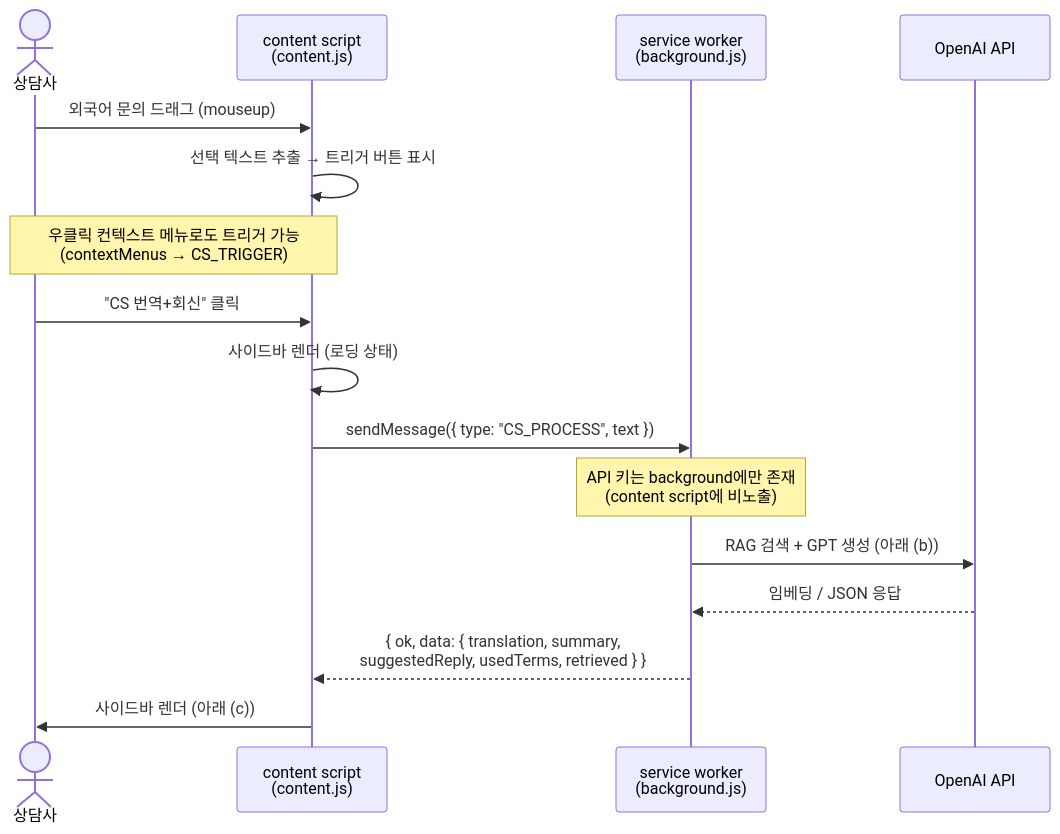
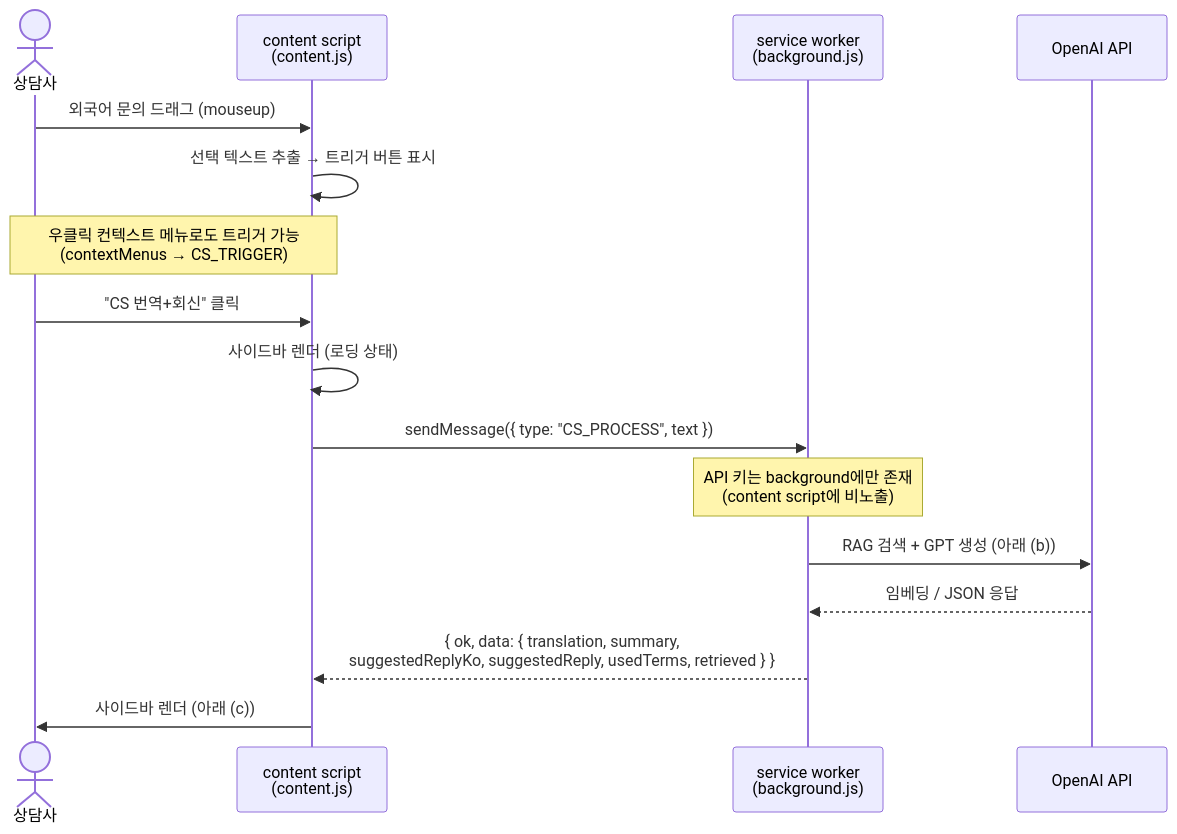
Before and after one commit to DevMinGeonPark/cs-translation-gpt: the first of 3 diagrams in README.md, drawn with Mermaid. The commit also changed other lines of this file and 2 other files, not shown here.

````diff
--- a/README.md
+++ b/README.md
@@ -34,19 +34,19 @@
 ```mermaid
 sequenceDiagram
     actor Agent as 상담사
     participant CS as content script<br/>(content.js)
     participant BG as service worker<br/>(background.js)
     participant API as OpenAI API
 
     Agent->>CS: 외국어 문의 드래그 (mouseup)
     CS->>CS: 선택 텍스트 추출 → 트리거 버튼 표시
     Note over Agent,CS: 우클릭 컨텍스트 메뉴로도 트리거 가능<br/>(contextMenus → CS_TRIGGER)
     Agent->>CS: "CS 번역+회신" 클릭
     CS->>CS: 사이드바 렌더 (로딩 상태)
     CS->>BG: sendMessage({ type: "CS_PROCESS", text })
     Note over BG: API 키는 background에만 존재<br/>(content script에 비노출)
     BG->>API: RAG 검색 + GPT 생성 (아래 (b))
     API-->>BG: 임베딩 / JSON 응답
-    BG-->>CS: { ok, data: { translation, summary,<br/>suggestedReply, usedTerms, retrieved } }
+    BG-->>CS: { ok, data: { translation, summary,<br/>suggestedReplyKo, suggestedReply, usedTerms, retrieved } }
     CS->>Agent: 사이드바 렌더 (아래 (c))
 ```
````
